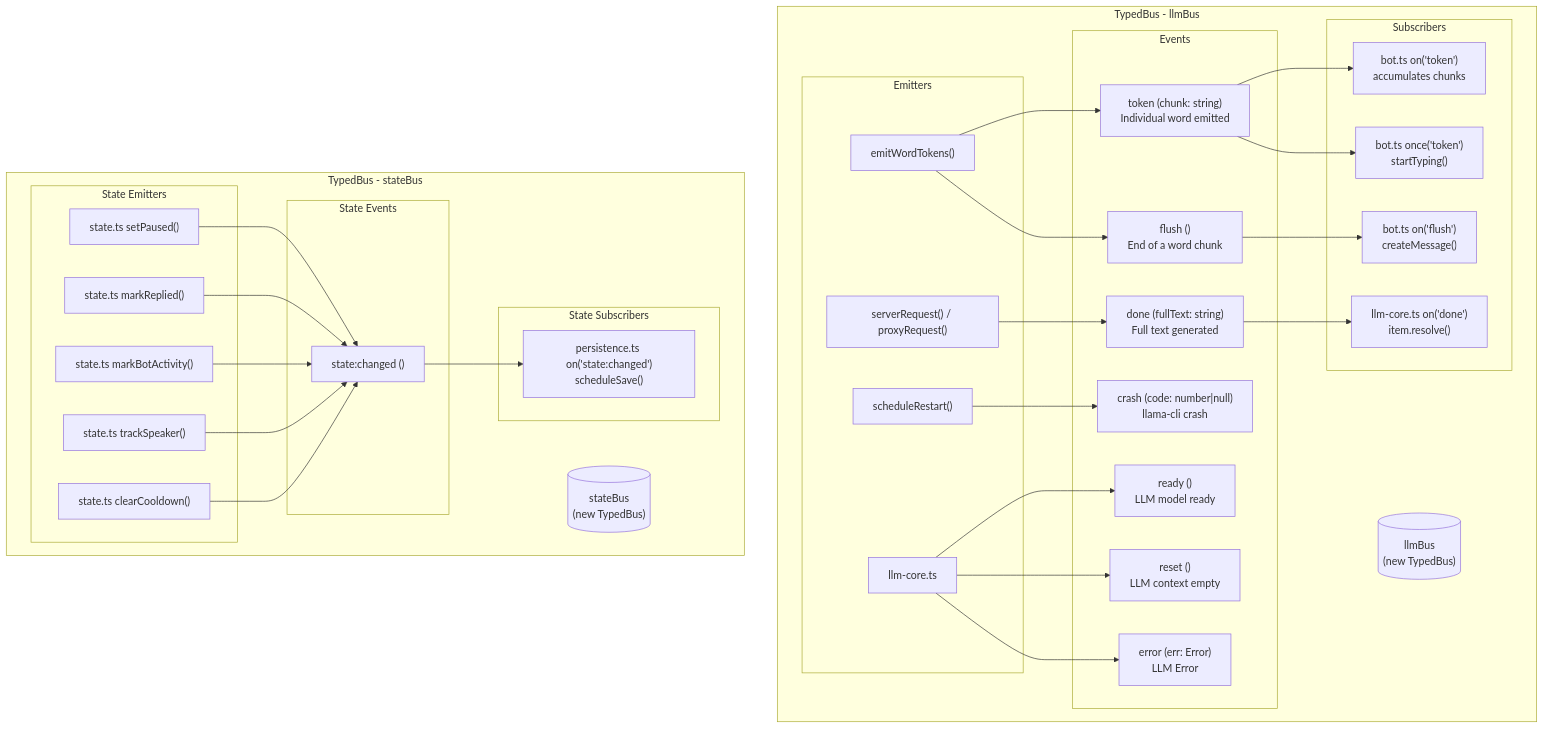
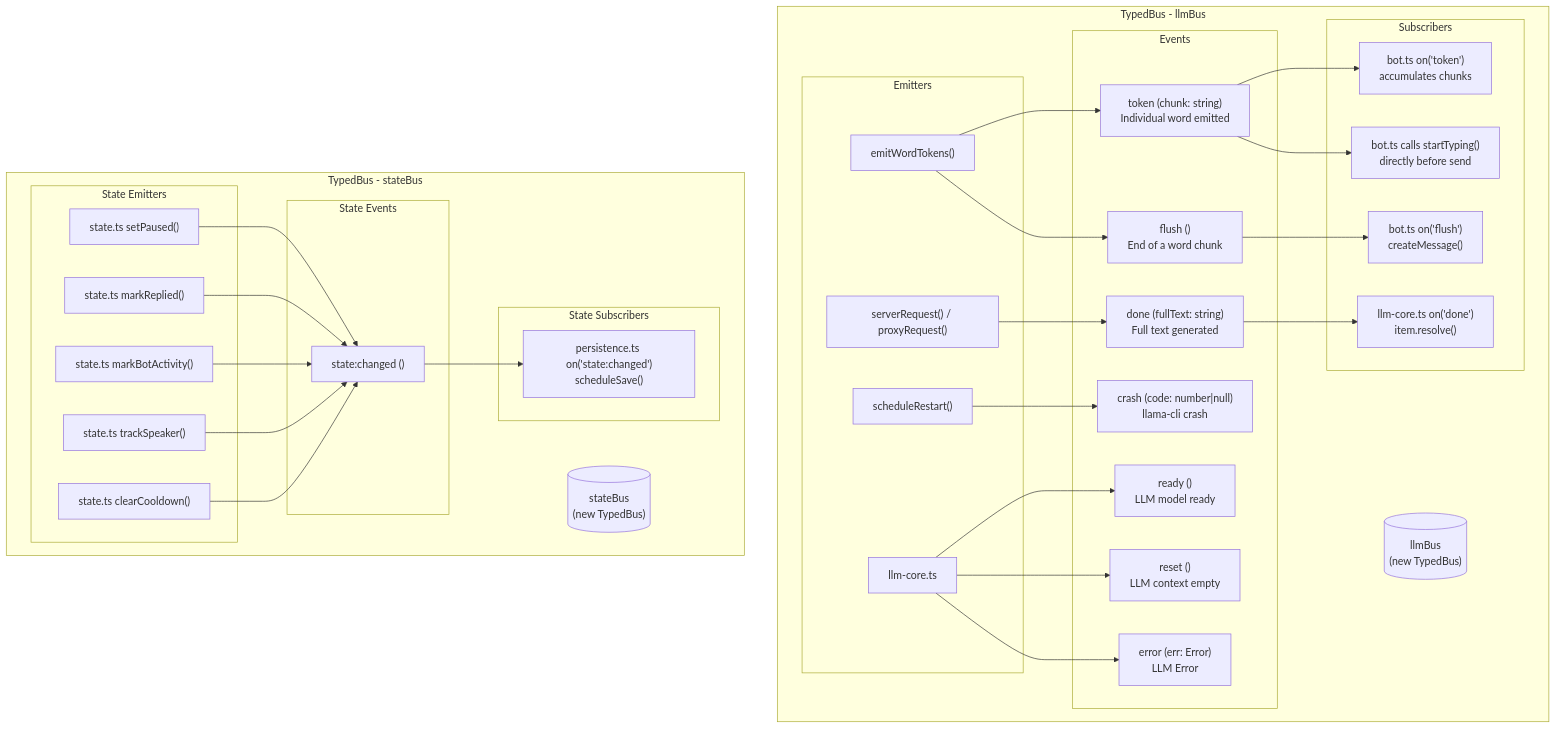
One commit to protocol-luna/krystal changed the diagram in state-machines/14-event-bus-architecture.mmd. Above: the diagram before and after it, drawn with Mermaid. The commit also changed 46 other files, not shown here.

Commit message:
Update docs: startTyping called directly (not via once('token'))

```diff
--- a/state-machines/14-event-bus-architecture.mmd
+++ b/state-machines/14-event-bus-architecture.mmd
@@ -1,69 +1,69 @@
 graph TB
     subgraph "TypedBus<LLMEvents> - llmBus"
         LLMBUS[("llmBus<br/>(new TypedBus<LLMEvents>)")]
         
         subgraph "Emitters"
             CORE["llm-core.ts"]
             CORE_WORD["emitWordTokens()"]
             CORE_CRASH["scheduleRestart()"]
             CORE_BACKEND["serverRequest() / proxyRequest()"]
         end
         
         subgraph "Events"
             TOKEN["token (chunk: string)<br/>Individual word emitted"]
             FLUSH["flush ()<br/>End of a word chunk"]
             DONE["done (fullText: string)<br/>Full text generated"]
             ERROR["error (err: Error)<br/>LLM Error"]
             CRASH["crash (code: number|null)<br/>llama-cli crash"]
             READY["ready ()<br/>LLM model ready"]
             RESET["reset ()<br/>LLM context empty"]
         end
         
         subgraph "Subscribers"
             BOT_TOKEN["bot.ts on('token')<br/>accumulates chunks"]
             BOT_FLUSH["bot.ts on('flush')<br/>createMessage()"]
-            BOT_ONCE["bot.ts once('token')<br/>startTyping()"]
+            BOT_ONCE["bot.ts calls startTyping()<br/>directly before send"]
             CORE_DONE["llm-core.ts on('done')<br/>item.resolve()"]
         end
     end
 
     subgraph "TypedBus<StateEvents> - stateBus"
         STATEBUS[("stateBus<br/>(new TypedBus<StateEvents>)")]
         
         subgraph "State Emitters"
             ST_SET["state.ts setPaused()"]
             ST_MARK["state.ts markReplied()"]
             ST_ACT["state.ts markBotActivity()"]
             ST_TRACK["state.ts trackSpeaker()"]
             ST_CLEAR["state.ts clearCooldown()"]
         end
         
         subgraph "State Events"
             STATE_CH["state:changed ()"]
         end
         
         subgraph "State Subscribers"
             PERSIST["persistence.ts on('state:changed')<br/>scheduleSave()"]
         end
     end
 
     CORE_WORD --> TOKEN
     CORE_WORD --> FLUSH
     CORE_BACKEND --> DONE
     CORE_CRASH --> CRASH
     CORE --> READY
     CORE --> RESET
     CORE --> ERROR
 
     TOKEN --> BOT_TOKEN
     FLUSH --> BOT_FLUSH
     TOKEN --> BOT_ONCE
     DONE --> CORE_DONE
 
     ST_SET --> STATE_CH
     ST_MARK --> STATE_CH
     ST_ACT --> STATE_CH
     ST_TRACK --> STATE_CH
     ST_CLEAR --> STATE_CH
 
     STATE_CH --> PERSIST
```
